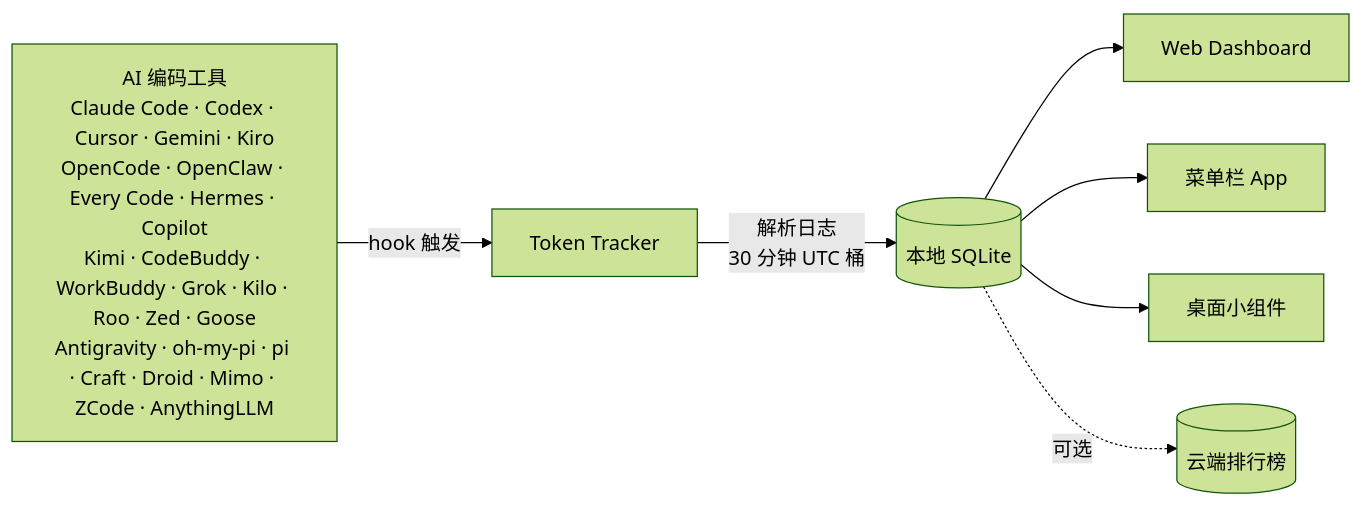
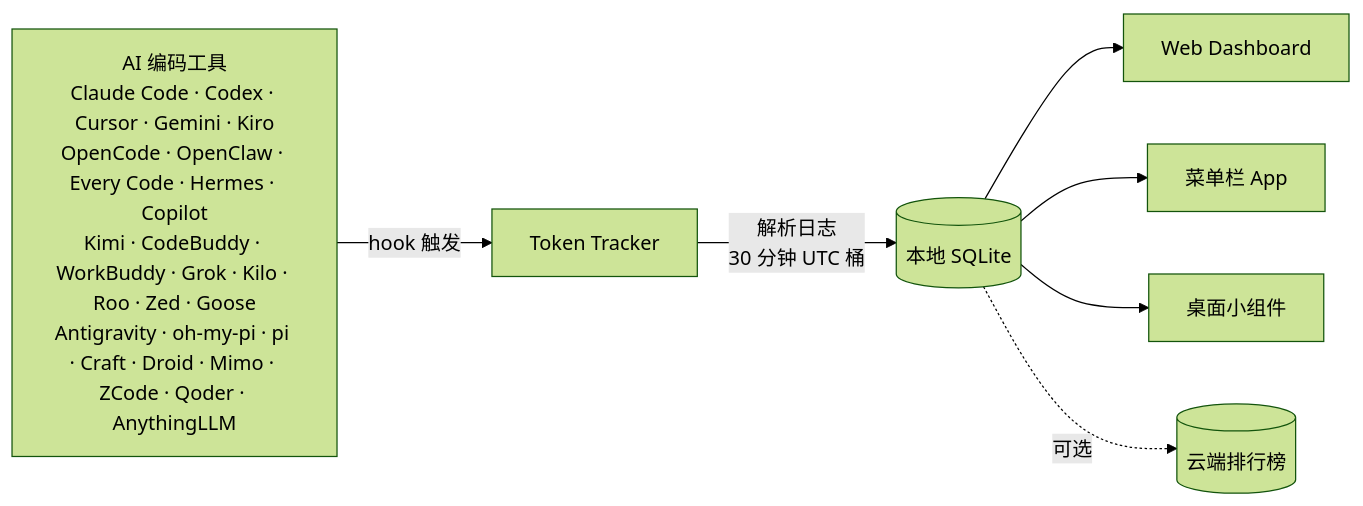
The diagram in README.zh-CN.md (CrazyForks/TokenTracker), drawn with Mermaid (forest theme) before and after one commit. The commit also changed other lines of this file and 72 other files, not shown here.

````diff
--- a/README.zh-CN.md
+++ b/README.zh-CN.md
@@ -225,10 +227,10 @@
 ```mermaid
 flowchart LR
-    A["AI 编码工具<br/>Claude Code · Codex · Cursor · Gemini · Kiro<br/>OpenCode · OpenClaw · Every Code · Hermes · Copilot<br/>Kimi · CodeBuddy · WorkBuddy · Grok · Kilo · Roo · Zed · Goose<br/>Antigravity · oh-my-pi · pi · Craft · Droid · Mimo · ZCode · AnythingLLM"]
+    A["AI 编码工具<br/>Claude Code · Codex · Cursor · Gemini · Kiro<br/>OpenCode · OpenClaw · Every Code · Hermes · Copilot<br/>Kimi · CodeBuddy · WorkBuddy · Grok · Kilo · Roo · Zed · Goose<br/>Antigravity · oh-my-pi · pi · Craft · Droid · Mimo · ZCode · Qoder · AnythingLLM"]
     A -->|hook 触发| B[Token Tracker]
     B -->|解析日志<br/>30 分钟 UTC 桶| C[(本地 SQLite)]
     C --> D[Web Dashboard]
     C --> E[菜单栏 App]
     C --> F[桌面小组件]
     C -.->|可选| G[(云端排行榜)]
 ```
````
